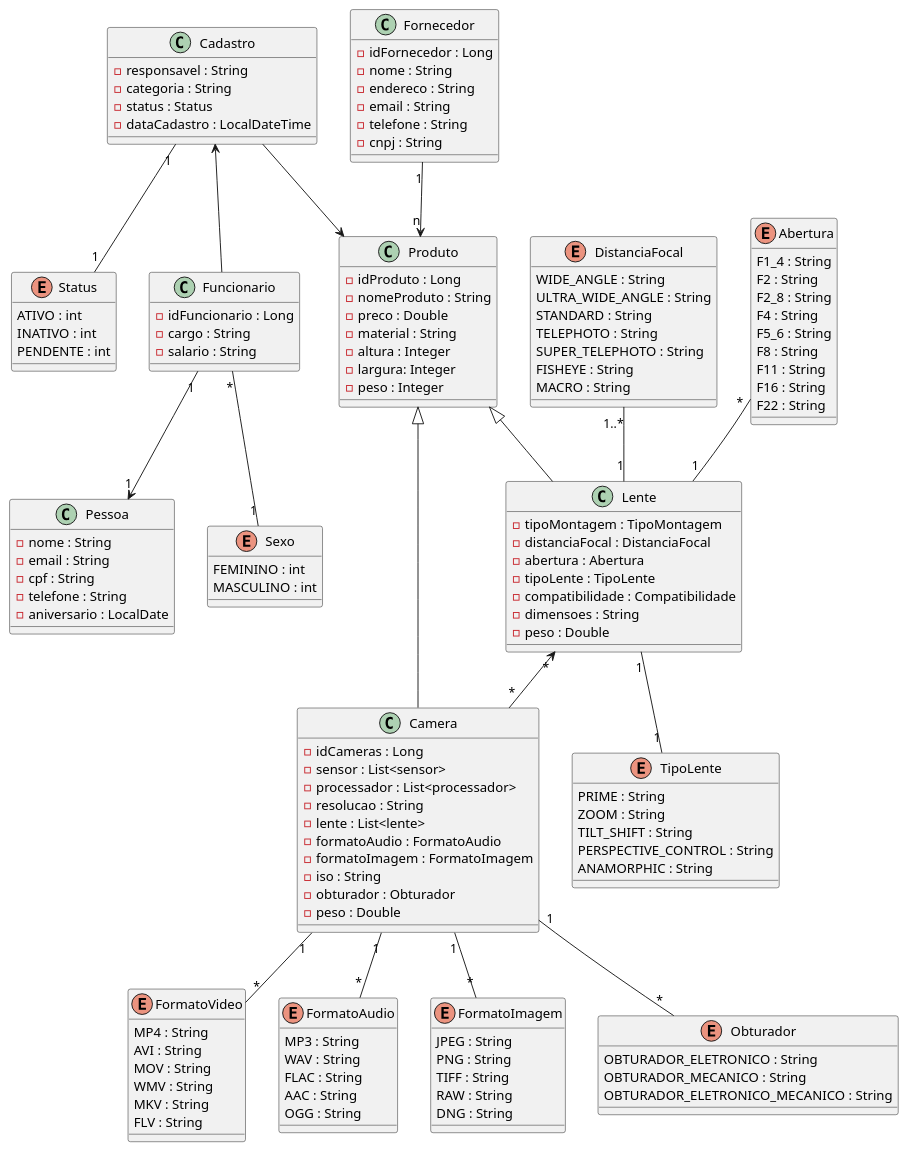
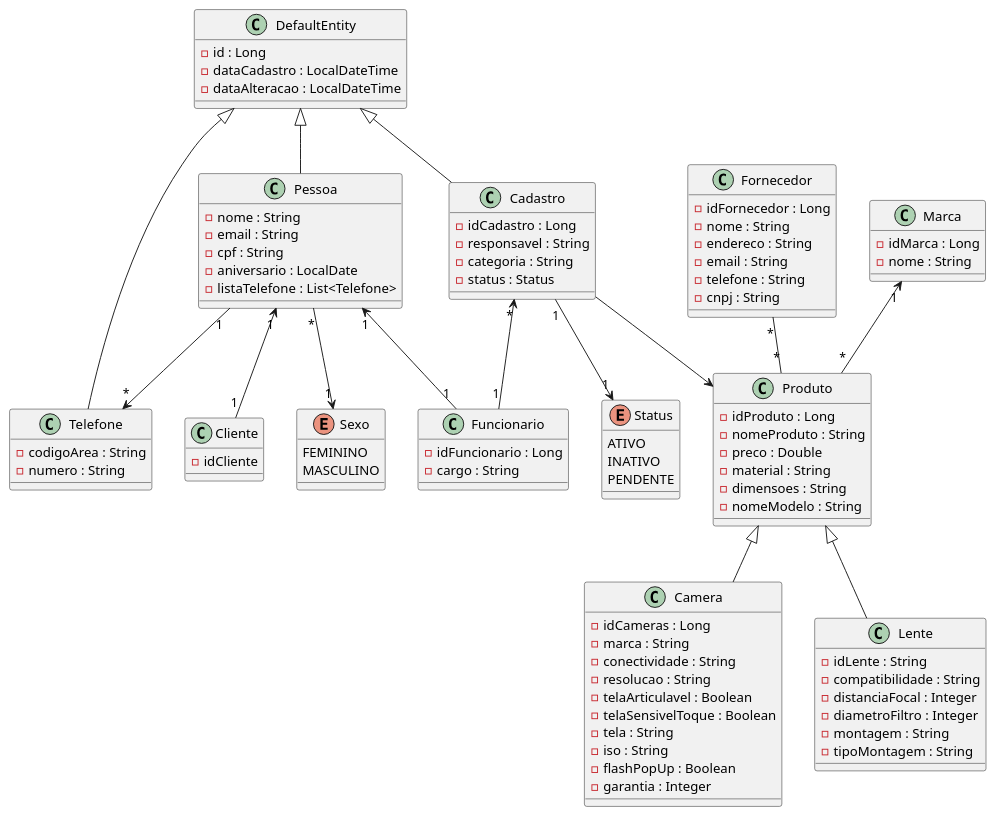
One commit to HugoValuar03/ecommerce changed the diagram in src/main/java/br/unitins/topicos1/UML/modelo.plantuml. Above: the diagram before and after it, drawn with PlantUML.

Commit message:
organizando o UML

```diff
--- a/src/main/java/br/unitins/topicos1/UML/modelo.plantuml
+++ b/src/main/java/br/unitins/topicos1/UML/modelo.plantuml
@@ -1,159 +1,114 @@
 @startuml ecommerce
 class Pessoa{
   - nome : String
   - email : String
   - cpf : String
-  - telefone : String
   - aniversario : LocalDate
+  - listaTelefone : List<Telefone>
 }
 
+Pessoa "1" --> "*" Telefone
+
 class Cadastro{
+  - idCadastro : Long
   - responsavel : String
   - categoria : String
   - status : Status 
-  - dataCadastro : LocalDateTime
-
 }
 
+DefaultEntity <|-- Cadastro
+
 Enum Status{
-  ATIVO : int
-  INATIVO : int
-  PENDENTE : int
+  ATIVO
+  INATIVO
+  PENDENTE
 }
 
-Cadastro "1" -- "1" Status
-Cadastro <-- Funcionario
+Cadastro "1" --> "1" Status
+Cadastro "*" <-- "1" Funcionario
 Cadastro --> Produto
 
 class Funcionario{
   - idFuncionario : Long
   - cargo : String 
-  - salario : String
 }
 
-Funcionario "1" --> "1" Pessoa
+class Cliente{
+  - idCliente
+}
+
+Pessoa "1" <-- "1" Funcionario
+Pessoa "1" <-- "1" Cliente
 
 Enum Sexo{
-  FEMININO : int
-  MASCULINO : int
+  FEMININO
+  MASCULINO
 }
 
-Funcionario "*"--"1" Sexo
+Pessoa "*"-->"1" Sexo
 
 class Fornecedor{
   - idFornecedor : Long
   - nome : String
   - endereco : String 
   - email : String
   - telefone : String
   - cnpj : String
 }
 
 class Produto{
   - idProduto : Long
   - nomeProduto : String
   - preco : Double
   - material : String
-  - altura : Integer
-  - largura: Integer
-  - peso : Integer
+  - dimensoes : String
+  - nomeModelo : String
 }
 
 class Camera{
   - idCameras : Long
-  - sensor : List<sensor>
-  - processador : List<processador>
+  - marca : String
+  - conectividade : String
   - resolucao : String
-  - lente : List<lente>
-  - formatoAudio : FormatoAudio
-  - formatoImagem : FormatoImagem
+  - telaArticulavel : Boolean
+  - telaSensivelToque : Boolean
+  - tela : String
   - iso : String
-  - obturador : Obturador
-  - peso : Double
+  - flashPopUp : Boolean
+  - garantia : Integer
 }
 
-Enum FormatoVideo{
-MP4 : String
-AVI : String
-MOV : String
-WMV : String
-MKV : String
-FLV : String
+class Marca{
+  - idMarca : Long
+  - nome : String
 }
 
-Enum FormatoAudio{
-MP3 : String
-WAV : String
-FLAC : String
-AAC : String
-OGG : String
+Marca "1" <-- "*" Produto
+
+class Lente{
+  - idLente : String
+  - compatibilidade : String
+  - distanciaFocal : Integer
+  - diametroFiltro : Integer
+  - montagem : String
+  - tipoMontagem : String
 }
 
-Enum FormatoImagem{
-JPEG : String
-PNG : String
-TIFF : String
-RAW : String
-DNG : String
+class DefaultEntity{
+  - id : Long
+  - dataCadastro : LocalDateTime
+  - dataAlteracao : LocalDateTime
 }
 
-Enum Obturador{
-OBTURADOR_ELETRONICO : String
-OBTURADOR_MECANICO : String
-OBTURADOR_ELETRONICO_MECANICO : String
+class Telefone{
+  - codigoArea : String
+  - numero : String
 }
 
-Camera "1" -- "*" Obturador
-Camera "1" -- "*" FormatoImagem
-Camera "1" -- "*" FormatoAudio
-Camera "1" -- "*" FormatoVideo
+DefaultEntity <|-- Telefone
+DefaultEntity <|-- Pessoa
 
-class Lente{
-  - tipoMontagem : TipoMontagem
-  - distanciaFocal : DistanciaFocal
-  - abertura : Abertura
-  - tipoLente : TipoLente
-  - compatibilidade : Compatibilidade
-  - dimensoes : String
-  - peso : Double
-}
-
-Enum DistanciaFocal{
-  WIDE_ANGLE : String
-  ULTRA_WIDE_ANGLE : String
-  STANDARD : String
-  TELEPHOTO : String
-  SUPER_TELEPHOTO : String
-  FISHEYE : String
-  MACRO : String
-}
-
-Enum Abertura{
-  F1_4 : String
-  F2 : String
-  F2_8 : String
-  F4 : String
-  F5_6 : String
-  F8 : String
-  F11 : String
-  F16 : String
-  F22 : String
-}
-
-Enum TipoLente{
-  PRIME : String
-  ZOOM : String
-  TILT_SHIFT : String
-  PERSPECTIVE_CONTROL : String
-  ANAMORPHIC : String
-}
-
-Lente "*" <-- "*" Camera
-Abertura "*" --"1" Lente
-Lente "1" -- "1" TipoLente
-DistanciaFocal "1..*"-- "1" Lente
-
-Fornecedor "1" --> "n" Produto
+Fornecedor "*" -- "*" Produto
 Produto <|-- Camera
 Produto <|-- Lente
 @enduml
```
